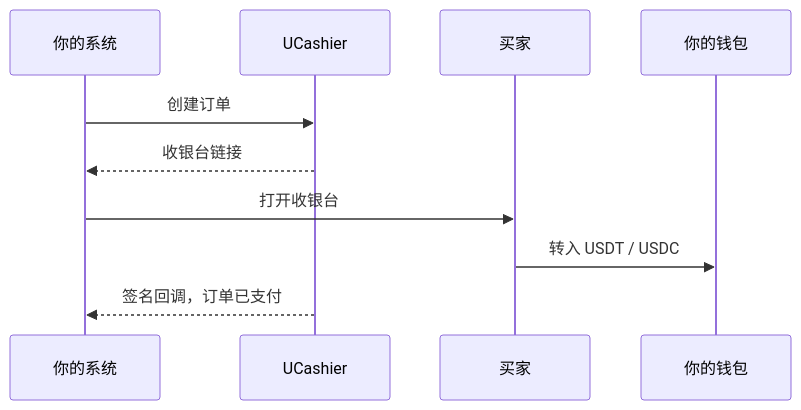
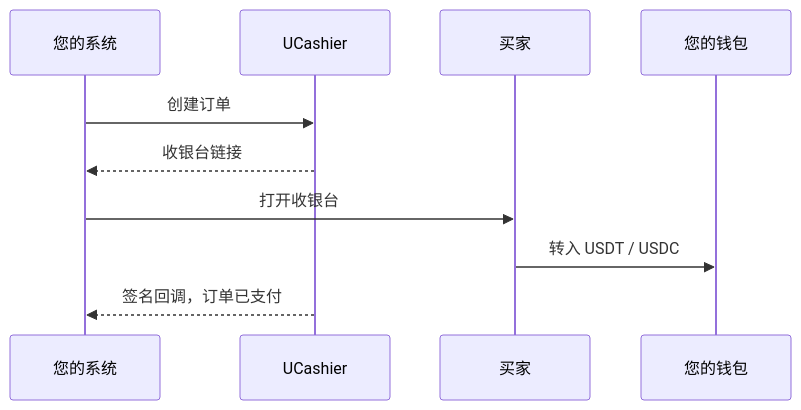
Before and after one commit to ucashier/ucashier-usdt-pay: the first of 2 diagrams in README.md, drawn with Mermaid. The commit also changed other lines of this file and 2 other files, not shown here.

````diff
--- a/README.md
+++ b/README.md
@@ -40,12 +40,12 @@
 ```mermaid
 sequenceDiagram
-  participant Biz as 你的系统
+  participant Biz as 您的系统
   participant UC as UCashier
   participant User as 买家
-  participant Wallet as 你的钱包
+  participant Wallet as 您的钱包
   Biz->>UC: 创建订单
   UC-->>Biz: 收银台链接
   Biz->>User: 打开收银台
   User->>Wallet: 转入 USDT / USDC
   UC-->>Biz: 签名回调，订单已支付
 ```
````
